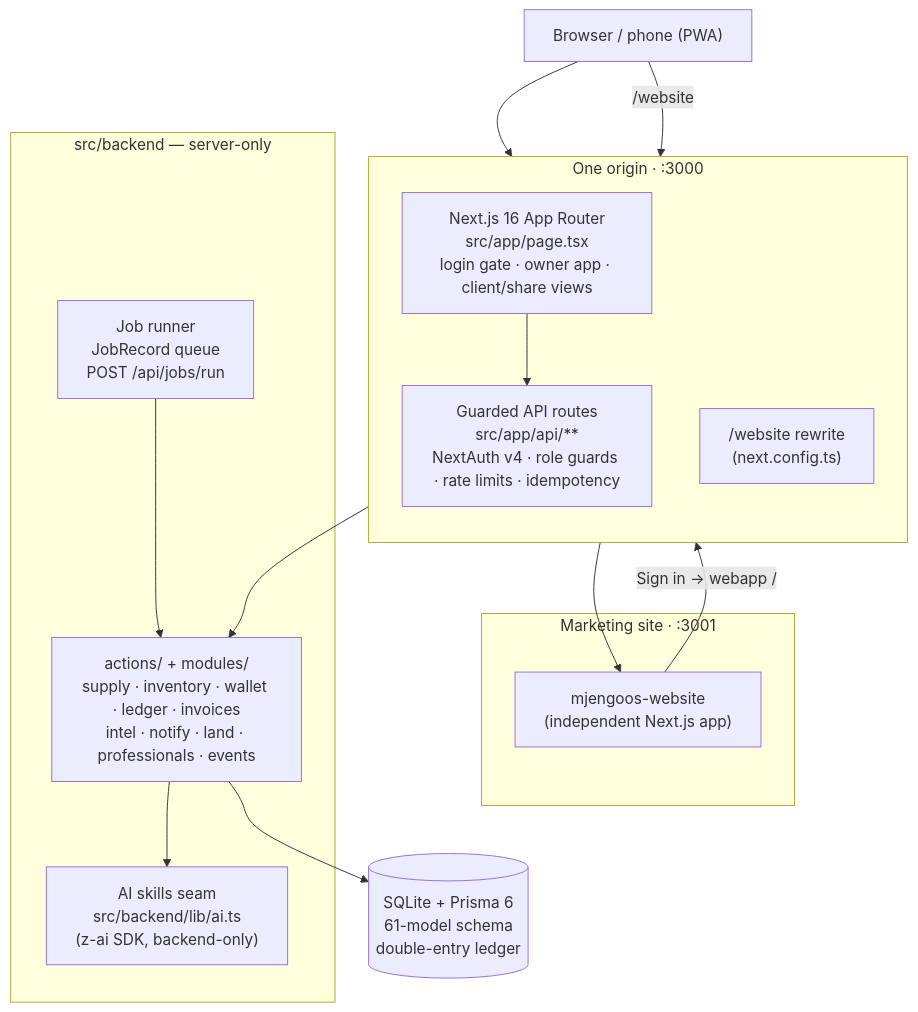
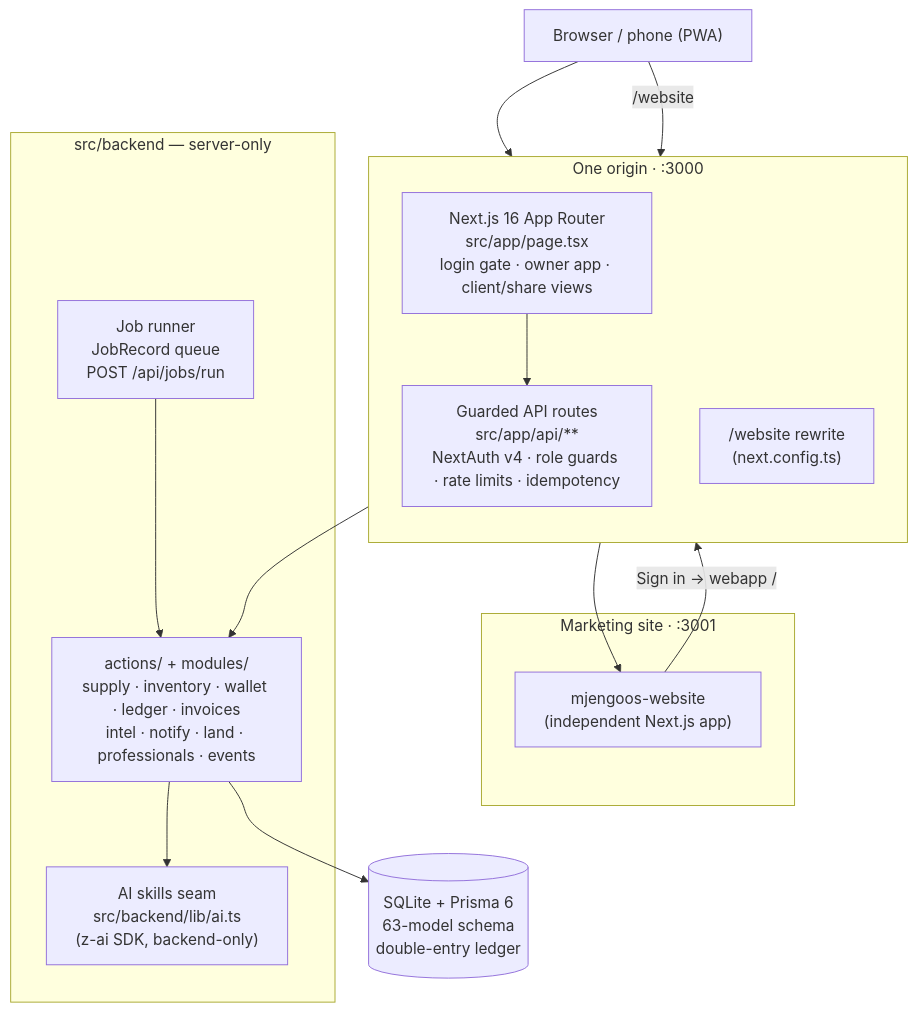
The diagram in README.md (Roy-Wanyoike/Mjengo-OS), drawn with Mermaid before and after one commit. The commit also changed other lines of this file and 4 other files, not shown here.

Commit message:
docs: recruiter refresh — README/ARCHITECTURE/DEPLOYMENT + release notes covering waves 2-5

````diff
--- a/README.md
+++ b/README.md
@@ -148,33 +171,33 @@
 ```mermaid
 flowchart TB
     U["Browser / phone (PWA)"]
 
     subgraph ONE["One origin · :3000"]
         direction TB
         NEXT["Next.js 16 App Router<br/>src/app/page.tsx<br/>login gate · owner app · client/share views"]
         REWRITE["/website rewrite<br/>(next.config.ts)"]
         API["Guarded API routes<br/>src/app/api/**<br/>NextAuth v4 · role guards · rate limits · idempotency"]
     end
 
     subgraph SITE["Marketing site · :3001"]
         WEB["mjengoos-website<br/>(independent Next.js app)"]
     end
 
     subgraph BACK["src/backend — server-only"]
         BIZ["actions/ + modules/<br/>supply · inventory · wallet · ledger · invoices<br/>intel · notify · land · professionals · events"]
         JOBS["Job runner<br/>JobRecord queue<br/>POST /api/jobs/run"]
         AIS["AI skills seam<br/>src/backend/lib/ai.ts<br/>(z-ai SDK, backend-only)"]
     end
 
-    DB[("SQLite + Prisma 6<br/>61-model schema<br/>double-entry ledger")]
+    DB[("SQLite + Prisma 6<br/>63-model schema<br/>double-entry ledger")]
 
     U --> NEXT
     U -->|"/website"| REWRITE
     REWRITE --> WEB
     WEB -->|"Sign in → webapp /"| NEXT
     NEXT --> API
     API --> BIZ
     JOBS --> BIZ
     BIZ --> AIS
     BIZ --> DB
 ```
````
